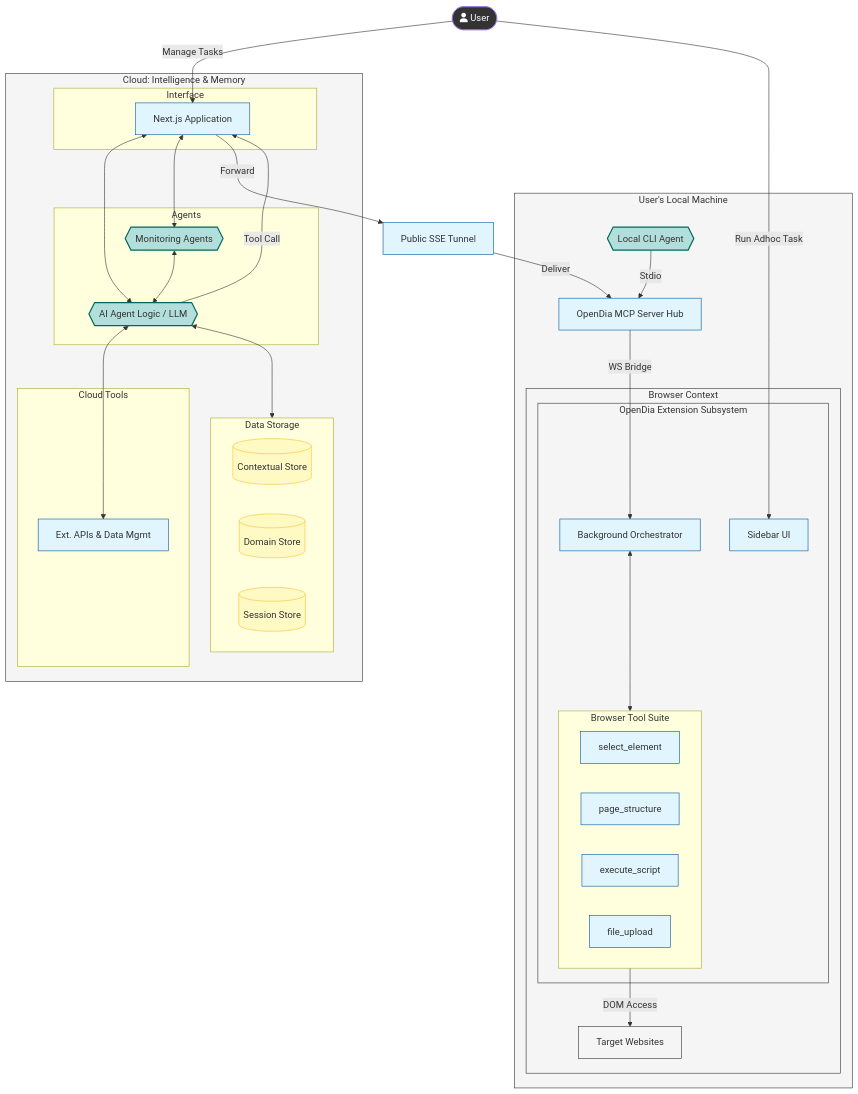
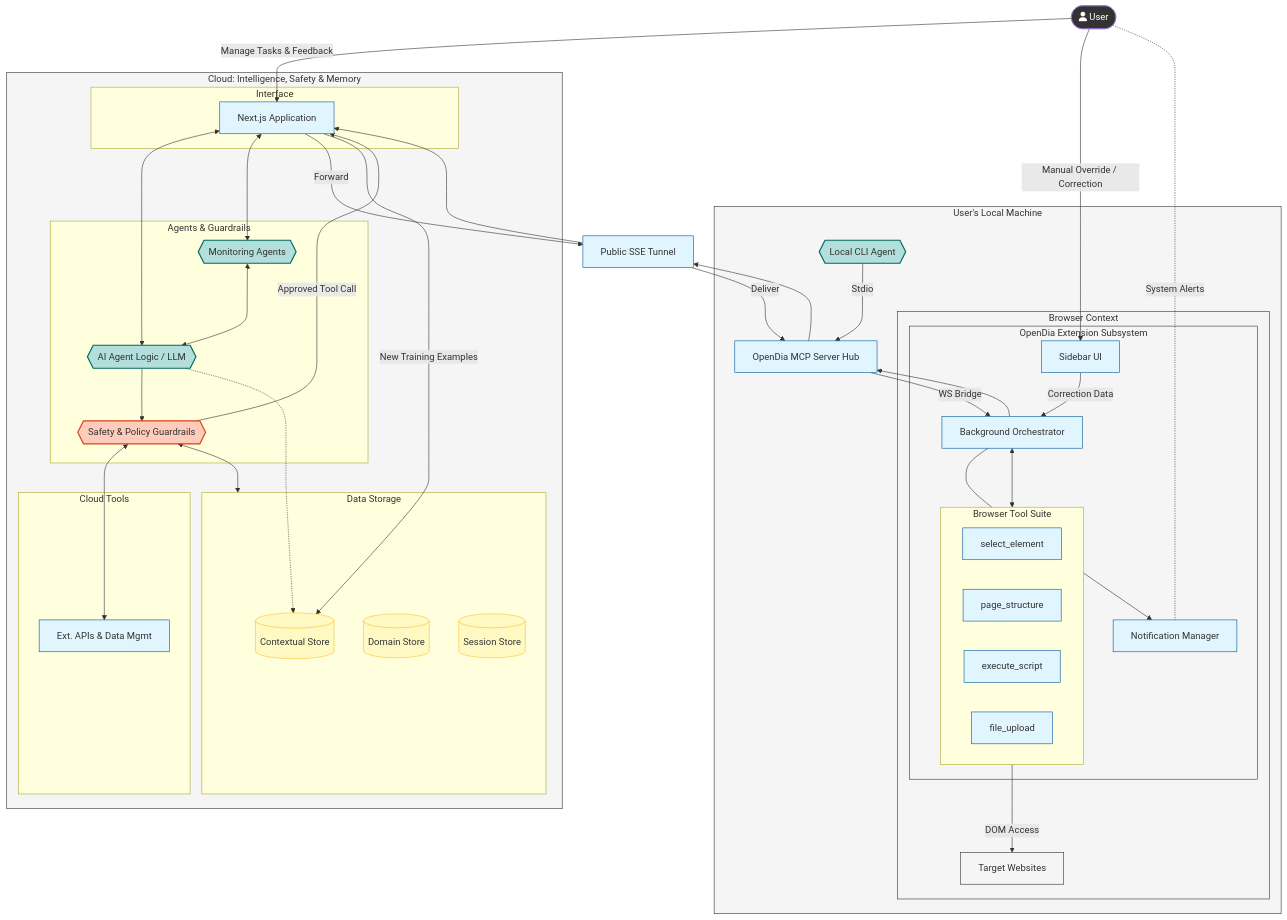
Before and after one commit to rothnic/opendia: the diagram in ARCHITECTURE.md, drawn with Mermaid.

Commit message:
docs: finalize architecture diagram with safety layer and feedback loop

````diff
--- a/ARCHITECTURE.md
+++ b/ARCHITECTURE.md
@@ -12,13 +12,14 @@
     User([fa:fa-user User])
 
     %% Cloud Subsystem
-    subgraph CloudSubsystem [Cloud: Intelligence & Memory]
+    subgraph CloudSubsystem [Cloud: Intelligence, Safety & Memory]
         subgraph AppLayer [Interface]
             WebApp[Next.js Application]
         end
 
-        subgraph IntelligenceLayer [Agents]
+        subgraph IntelligenceLayer [Agents & Guardrails]
             AgentBrain{{AI Agent Logic / LLM}}
+            SafetyGuard{{Safety & Policy Guardrails}}
             MonitoringAgents{{Monitoring Agents}}
         end
 
@@ -35,8 +36,10 @@
         WebApp <--> AgentBrain
         WebApp <--> MonitoringAgents
         MonitoringAgents <--> AgentBrain
-        AgentBrain <--> ExternalTools
-        AgentBrain <--> StorageLayer
+        AgentBrain --> SafetyGuard
+        SafetyGuard <--> ExternalTools
+        SafetyGuard <--> StorageLayer
+        AgentBrain -.-> ContextStore
     end
 
     %% Network Hub
@@ -49,6 +52,7 @@
         subgraph Browsers [Browser Context]
             subgraph ExtensionSubsystem [OpenDia Extension Subsystem]
                 BG[Background Orchestrator]
+                Notify[Notification Manager]
                 
                 subgraph ToolExecution [Browser Tool Suite]
                     CS_Select[select_element]
@@ -67,27 +71,38 @@
     end
 
     %% Human Interactions
-    User -- "Manage Tasks" --> WebApp
-    User -- "Run Adhoc Task" --> Sidebar
+    User -- "Manage Tasks & Feedback" --> WebApp
+    User -- "Manual Override / Correction" --> Sidebar
+    User -. "System Alerts" .- Notify
 
     %% Communication Flow
-    AgentBrain -- "Tool Call" --> WebApp
+    SafetyGuard -- "Approved Tool Call" --> WebApp
     WebApp -- "Forward" --> Tunnel
     Tunnel -- "Deliver" --> MCP
     MCP -- "WS Bridge" --> BG
     BG <--> ToolExecution
+    BG --> Notify
     ToolExecution -- "DOM Access" --> WebPage
     LocalCLI -- "Stdio" --> MCP
+
+    %% Feedback & Learning
+    Sidebar -- "Correction Data" --> BG
+    BG --> MCP
+    MCP --> Tunnel
+    Tunnel --> WebApp
+    WebApp -- "New Training Examples" --> ContextStore
 
     %% Styling
     classDef agent fill:#b2dfdb,stroke:#00695c,stroke-width:2px;
     classDef tool fill:#e1f5fe,stroke:#01579b,stroke-width:1px;
     classDef storage fill:#fff9c4,stroke:#fbc02d,stroke-width:1px;
     classDef infra fill:#f5f5f5,stroke:#333,stroke-width:1px;
+    classDef safety fill:#ffccbc,stroke:#d84315,stroke-width:2px;
 
     class AgentBrain,MonitoringAgents,LocalCLI agent;
-    class WebApp,MCP,BG,CS_Select,CS_Structure,CS_Script,CS_Upload,Sidebar,ExternalTools,Tunnel tool;
+    class WebApp,MCP,BG,CS_Select,CS_Structure,CS_Script,CS_Upload,Sidebar,ExternalTools,Tunnel,Notify tool;
     class ContextStore,DomainStore,SessionStore storage;
     class WebPage,LocalMachine,CloudSubsystem,Browsers,ExtensionSubsystem infra;
+    class SafetyGuard safety;
     style User fill:#333,color:#fff
 ```
````
